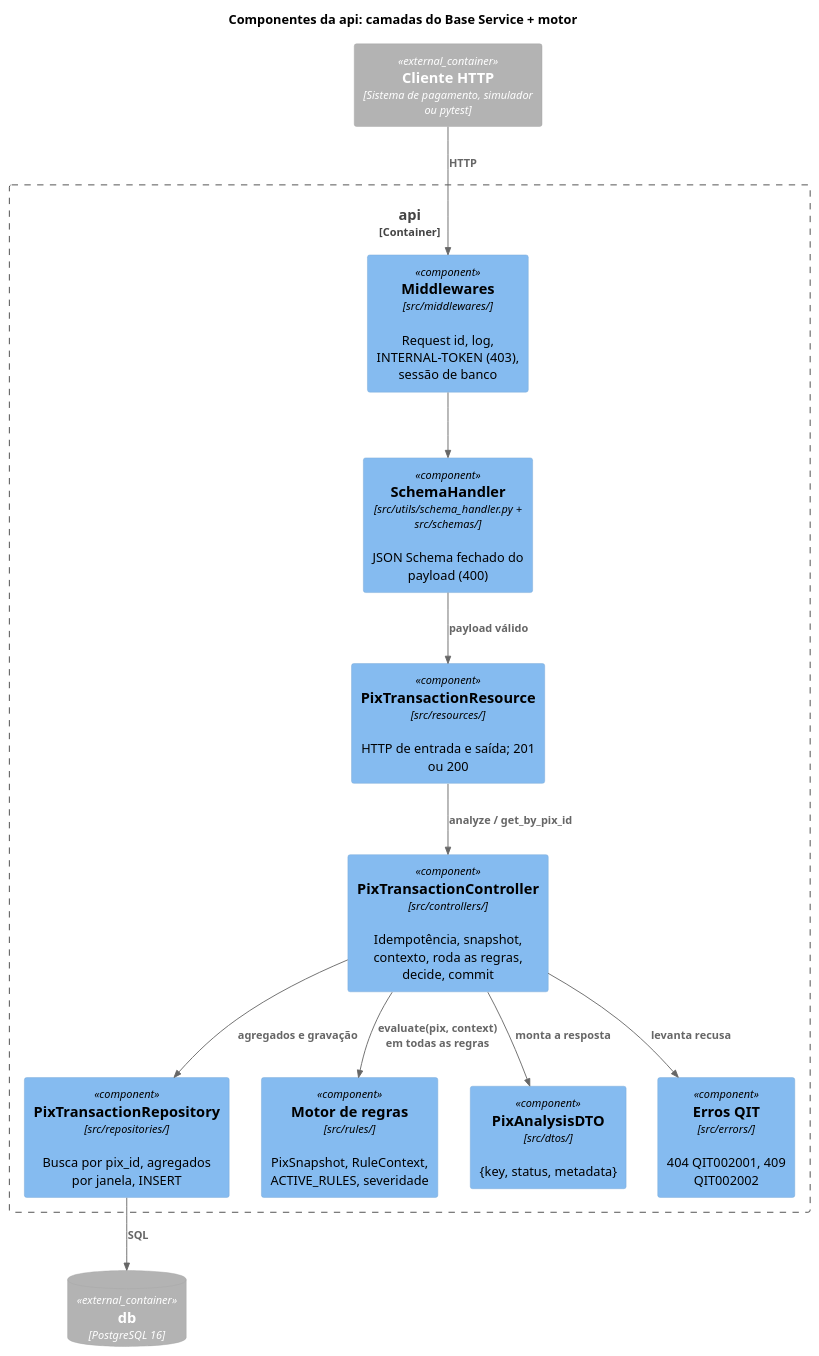
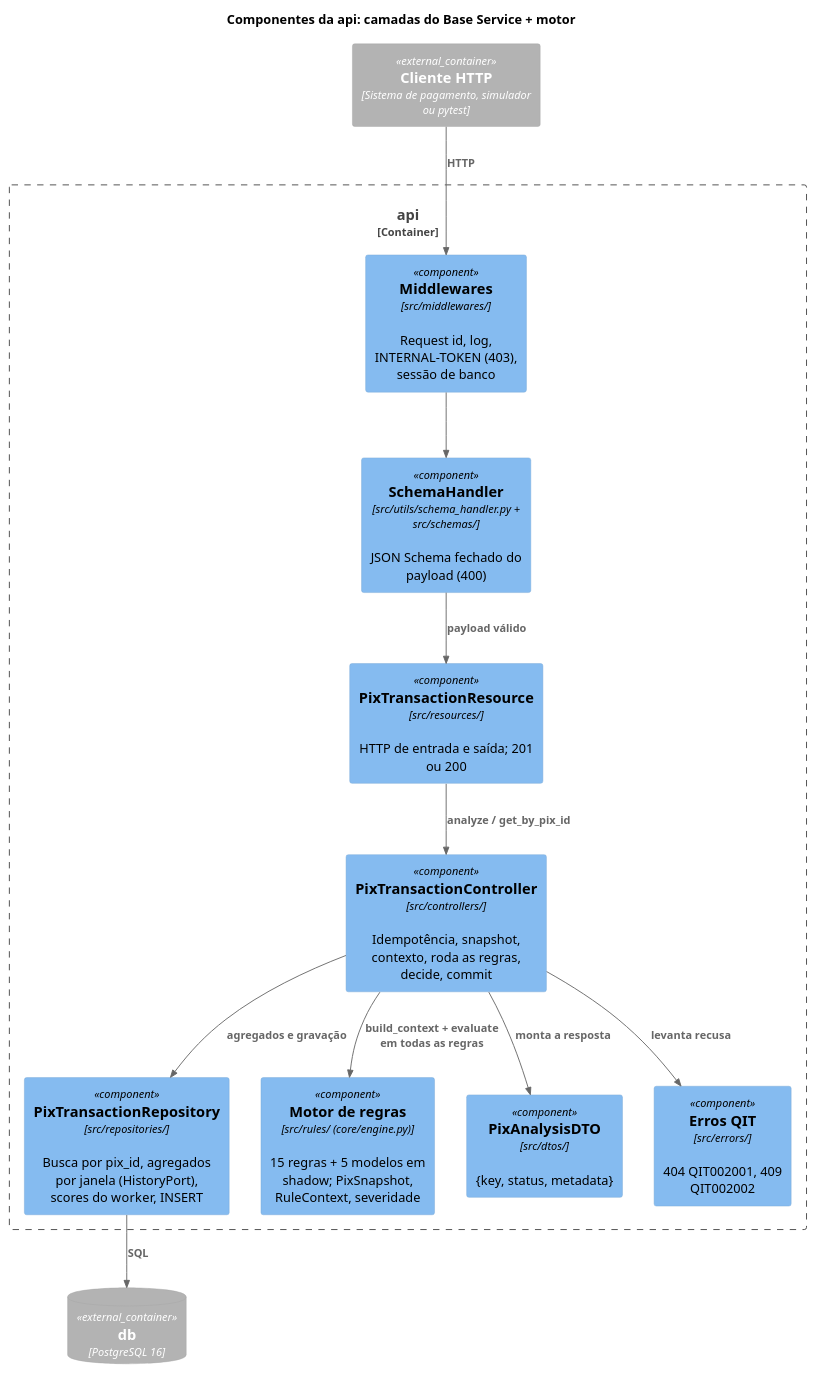
Before and after one commit to phprestes/Hackathon-Anti-Fraud-Pix: the diagram in docs/02-arquitetura/diagramas/c4-componentes-API.puml, drawn with PlantUML. The commit also changed 9 other files, not shown here.

```diff
--- a/docs/02-arquitetura/diagramas/c4-componentes-API.puml
+++ b/docs/02-arquitetura/diagramas/c4-componentes-API.puml
@@ -1,30 +1,30 @@
 @startuml
 !include https://raw.githubusercontent.com/plantuml-stdlib/C4-PlantUML/master/C4_Component.puml
 
 title Componentes da api: camadas do Base Service + motor
 
 Container_Ext(cliente, "Cliente HTTP", "Sistema de pagamento, simulador ou pytest")
 ContainerDb_Ext(db, "db", "PostgreSQL 16")
 
 Container_Boundary(api_boundary, "api") {
     Component(mw, "Middlewares", "src/middlewares/", "Request id, log, INTERNAL-TOKEN (403), sessão de banco")
     Component(schema, "SchemaHandler", "src/utils/schema_handler.py + src/schemas/", "JSON Schema fechado do payload (400)")
     Component(resource, "PixTransactionResource", "src/resources/", "HTTP de entrada e saída; 201 ou 200")
     Component(controller, "PixTransactionController", "src/controllers/", "Idempotência, snapshot, contexto, roda as regras, decide, commit")
-    Component(repo, "PixTransactionRepository", "src/repositories/", "Busca por pix_id, agregados por janela, INSERT")
-    Component(engine, "Motor de regras", "src/rules/", "PixSnapshot, RuleContext, ACTIVE_RULES, severidade")
+    Component(repo, "PixTransactionRepository", "src/repositories/", "Busca por pix_id, agregados por janela (HistoryPort), scores do worker, INSERT")
+    Component(engine, "Motor de regras", "src/rules/ (core/engine.py)", "15 regras + 5 modelos em shadow; PixSnapshot, RuleContext, severidade")
     Component(dto, "PixAnalysisDTO", "src/dtos/", "{key, status, metadata}")
     Component(errors, "Erros QIT", "src/errors/", "404 QIT002001, 409 QIT002002")
 }
 
 Rel(cliente, mw, "HTTP")
 Rel(mw, schema, "")
 Rel(schema, resource, "payload válido")
 Rel(resource, controller, "analyze / get_by_pix_id")
 Rel(controller, repo, "agregados e gravação")
 Rel(repo, db, "SQL")
-Rel(controller, engine, "evaluate(pix, context) em todas as regras")
+Rel(controller, engine, "build_context + evaluate em todas as regras")
 Rel(controller, dto, "monta a resposta")
 Rel(controller, errors, "levanta recusa")
 
 @enduml
```
